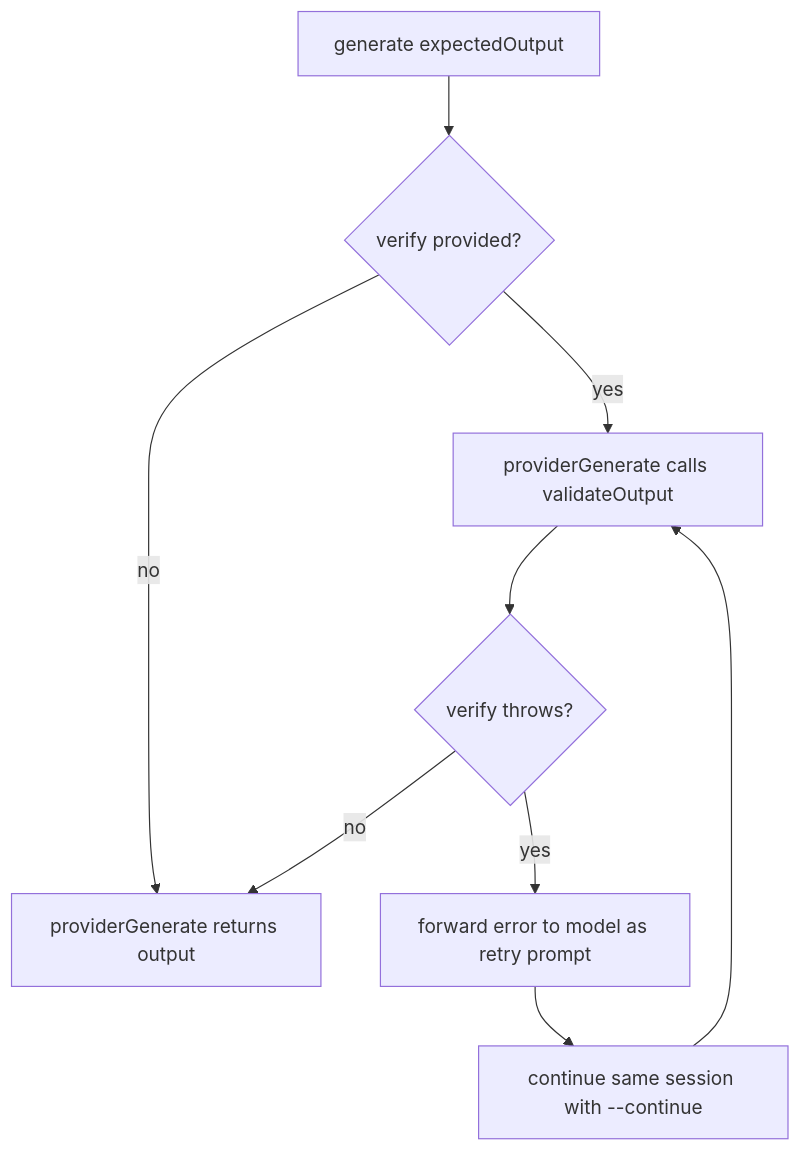
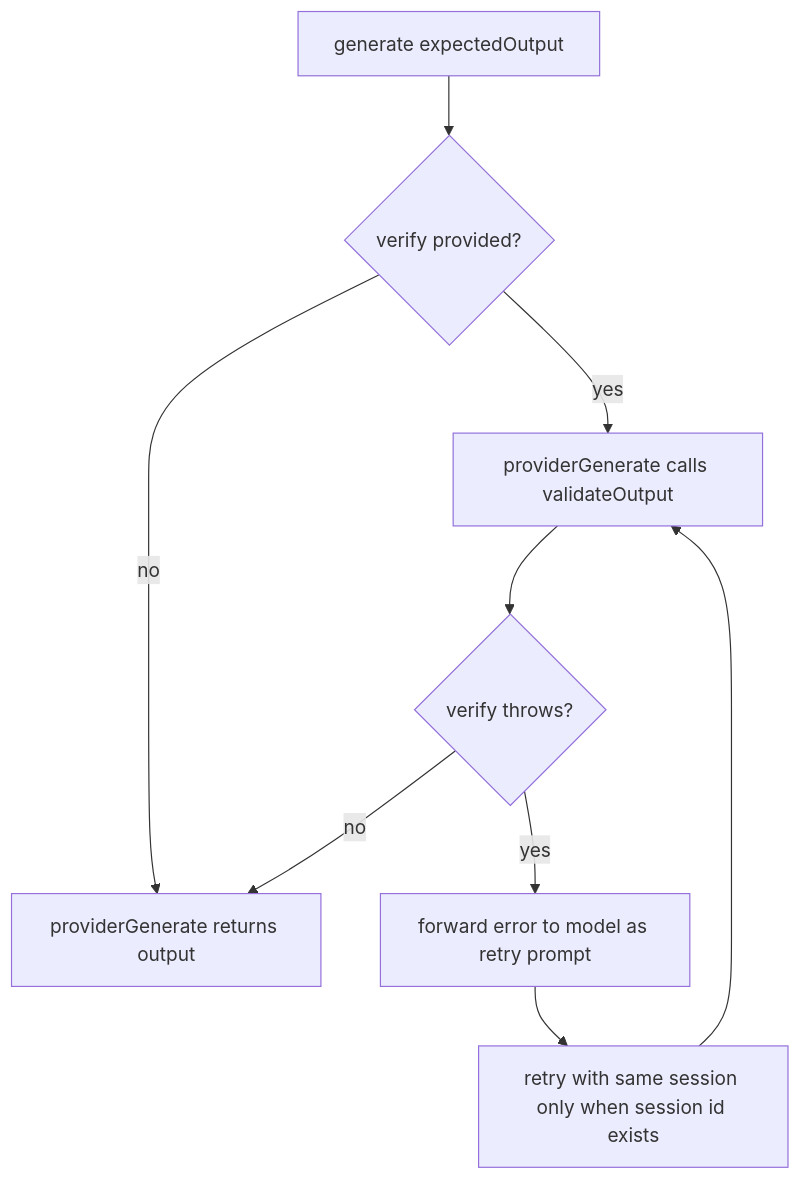
One commit to ex3ndr/holdmybeer changed the diagram in doc/expected-output-verify.md. Above: the diagram before and after it, drawn with Mermaid. The commit also changed other lines of this file and 48 other files, not shown here.

Commit message:
feat: add pi session flow and workflow progress improvements

````diff
--- a/doc/expected-output-verify.md
+++ b/doc/expected-output-verify.md
@@ -7,11 +7,11 @@
 ```mermaid
 flowchart TD
   A[generate expectedOutput] --> B{verify provided?}
   B -->|no| C[providerGenerate returns output]
   B -->|yes| D[providerGenerate calls validateOutput]
   D --> E{verify throws?}
   E -->|no| C
   E -->|yes| F[forward error to model as retry prompt]
-  F --> G[continue same session with --continue]
+  F --> G[retry with same session only when session id exists]
   G --> D
 ```
````
